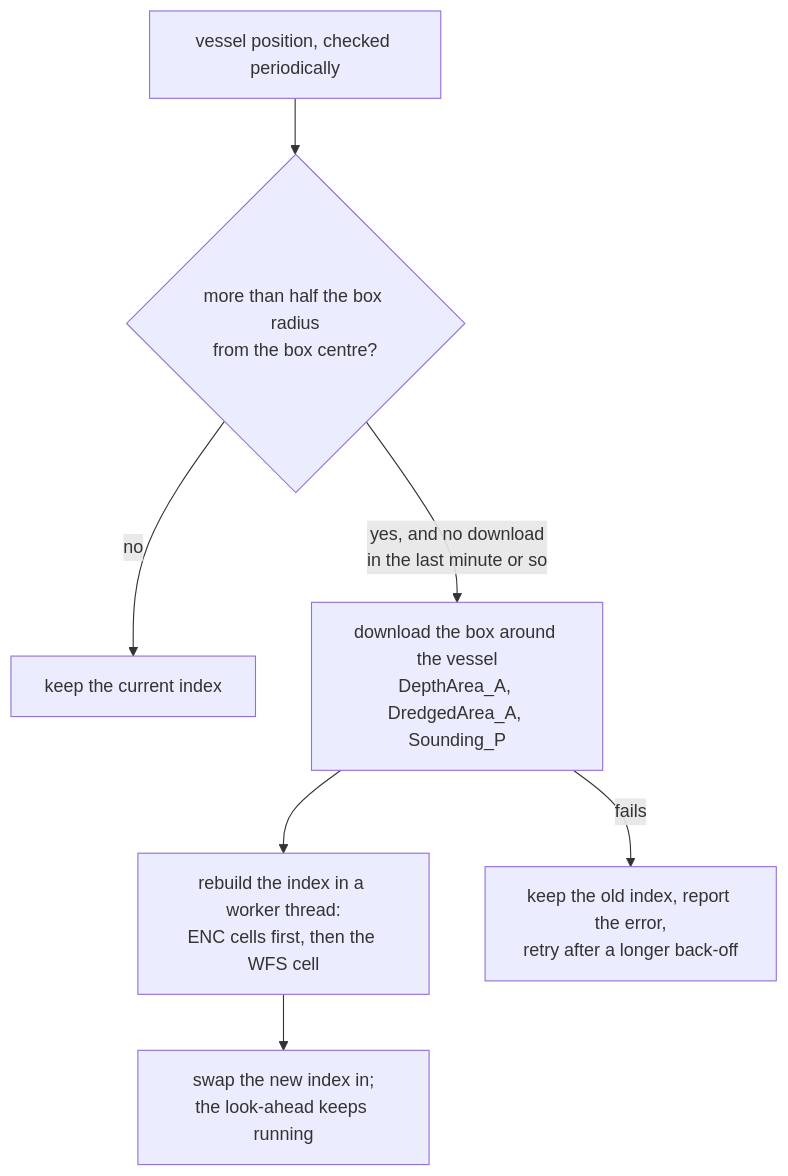
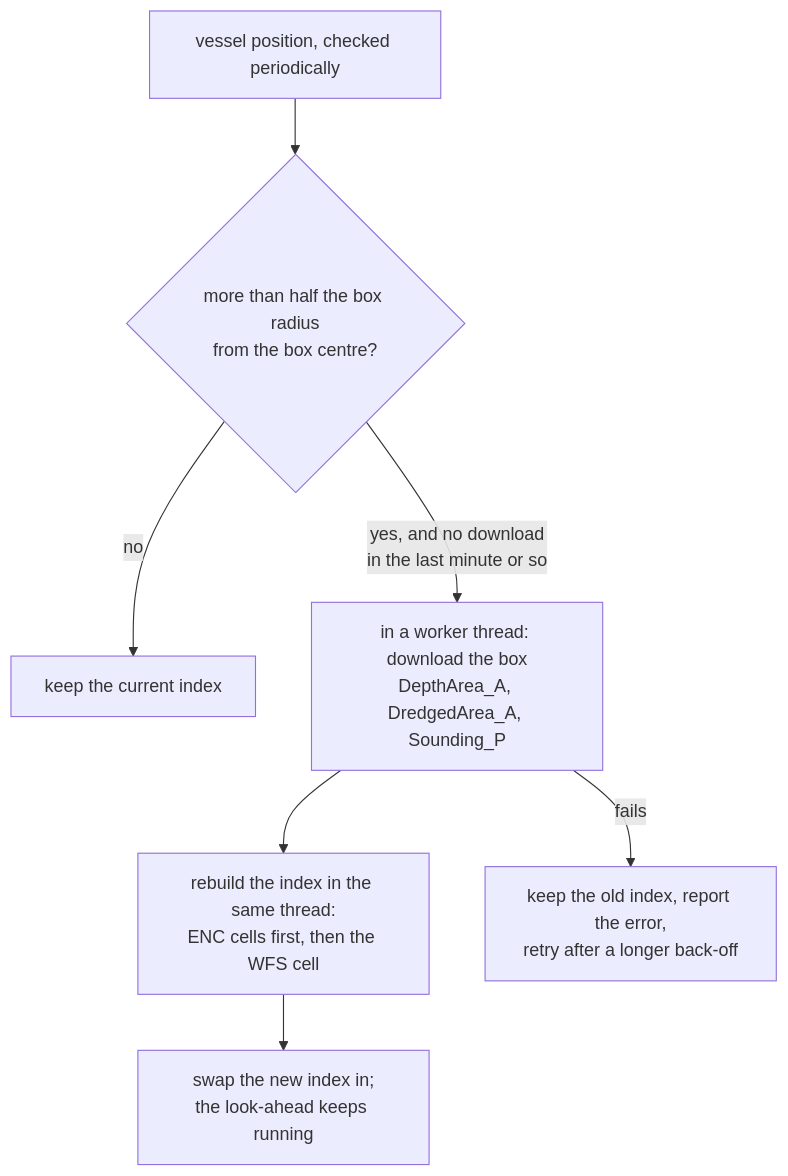
Before and after one commit to KEGustafsson/signalk-underkeel: the sixth of 6 diagrams in docs/HOW-IT-WORKS.md, drawn with Mermaid. The commit also changed 10 other files, not shown here.

First line of the commit message:
perf(wfs): download, parse and write the WFS cell in the build worker

````diff
--- a/docs/HOW-IT-WORKS.md
+++ b/docs/HOW-IT-WORKS.md
@@ -629,9 +629,9 @@
 ```mermaid
 flowchart TD
   P[vessel position, checked periodically] --> D{more than half the box radius<br/>from the box centre?}
   D -- no --> KEEP[keep the current index]
-  D -- yes, and no download<br/>in the last minute or so --> W[download the box around the vessel<br/>DepthArea_A, DredgedArea_A, Sounding_P]
-  W --> B[rebuild the index in a worker thread:<br/>ENC cells first, then the WFS cell]
+  D -- yes, and no download<br/>in the last minute or so --> W[in a worker thread: download the box<br/>DepthArea_A, DredgedArea_A, Sounding_P]
+  W --> B[rebuild the index in the same thread:<br/>ENC cells first, then the WFS cell]
   B --> S[swap the new index in;<br/>the look-ahead keeps running]
   W -- fails --> E[keep the old index, report the error,<br/>retry after a longer back-off]
 ```
````
